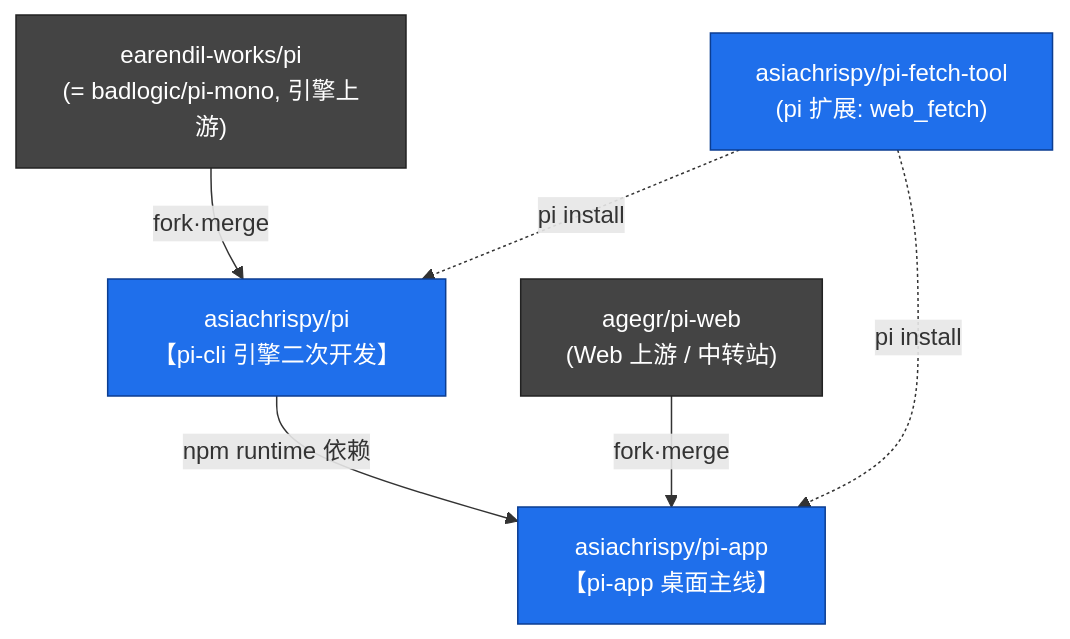
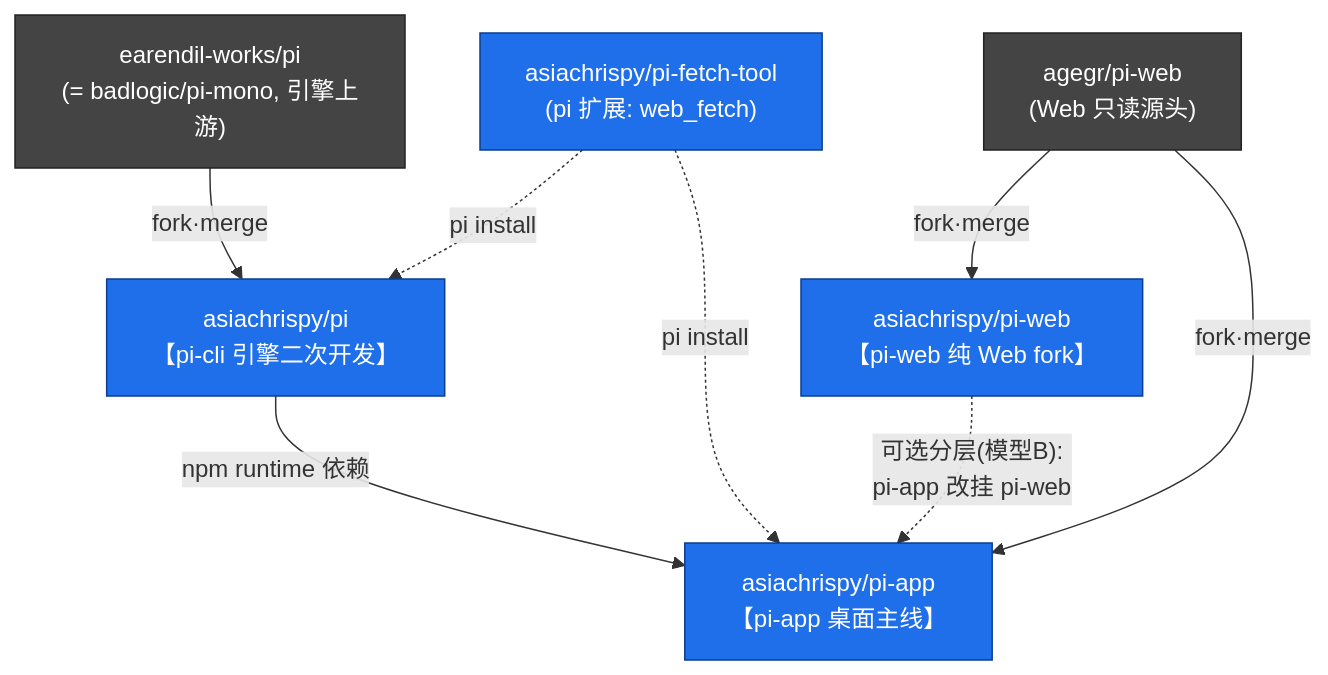
The diagram in README.md (asiachrispy/pi-agent), drawn with Mermaid before and after one commit. The commit also changed other lines of this file and 1 other file, not shown here.

First line of the commit message:
docs: pi-web is our writable fork; add merge-maintenance handbook

````diff
--- a/README.md
+++ b/README.md
@@ -27,13 +31,15 @@
 ```mermaid
 graph TD
     UP1["earendil-works/pi<br/>(= badlogic/pi-mono, 引擎上游)"] -->|fork·merge| PI["asiachrispy/pi<br/>【pi-cli 引擎二次开发】"]
     PI -->|npm runtime 依赖| APP
-    UP2["agegr/pi-web<br/>(Web 上游 / 中转站)"] -->|fork·merge| APP["asiachrispy/pi-app<br/>【pi-app 桌面主线】"]
+    UP2["agegr/pi-web<br/>(Web 只读源头)"] -->|fork·merge| WEB["asiachrispy/pi-web<br/>【pi-web 纯 Web fork】"]
+    UP2 -->|fork·merge| APP["asiachrispy/pi-app<br/>【pi-app 桌面主线】"]
     EXT["asiachrispy/pi-fetch-tool<br/>(pi 扩展: web_fetch)"] -.->|pi install| PI
     EXT -.->|pi install| APP
+    WEB -. "可选分层(模型B):<br/>pi-app 改挂 pi-web" .-> APP
 
     classDef ours fill:#1f6feb,stroke:#0b3d91,color:#fff;
     classDef up fill:#444,stroke:#222,color:#fff;
-    class PI,APP,EXT ours;
+    class PI,WEB,APP,EXT ours;
     class UP1,UP2 up;
 ```
````
